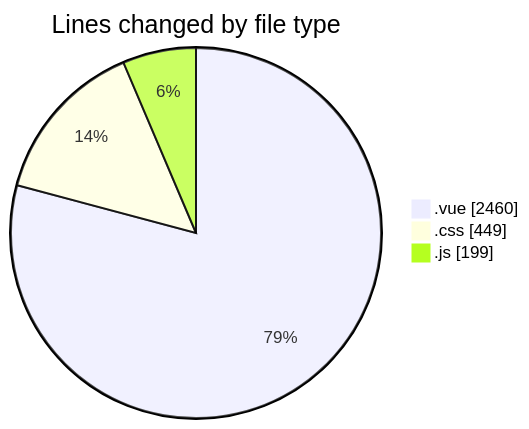
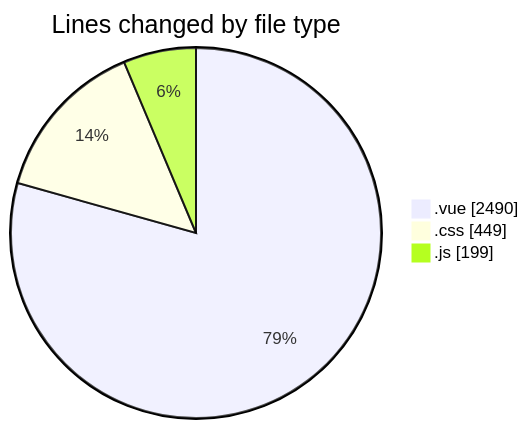
The first of 2 diagrams in 2025-08-10/rentotp/README.md (lephambinh05/code-tracking), drawn with Mermaid before and after one commit. The commit also changed other lines of this file and 1 other file, not shown here.

````diff
--- a/2025-08-10/rentotp/README.md
+++ b/2025-08-10/rentotp/README.md
@@ -25,7 +25,7 @@
 ```mermaid
 pie showData
 title Lines changed by file type
-".vue" : 2460
+".vue" : 2490
 ".css" : 449
 ".js" : 199
 ```
````
